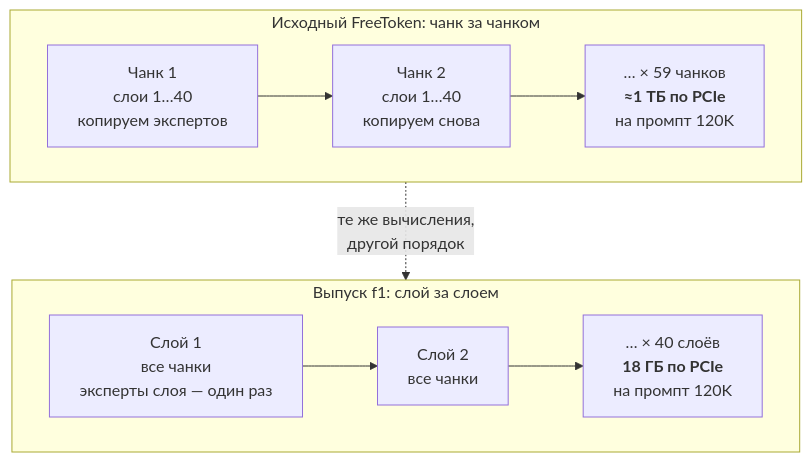
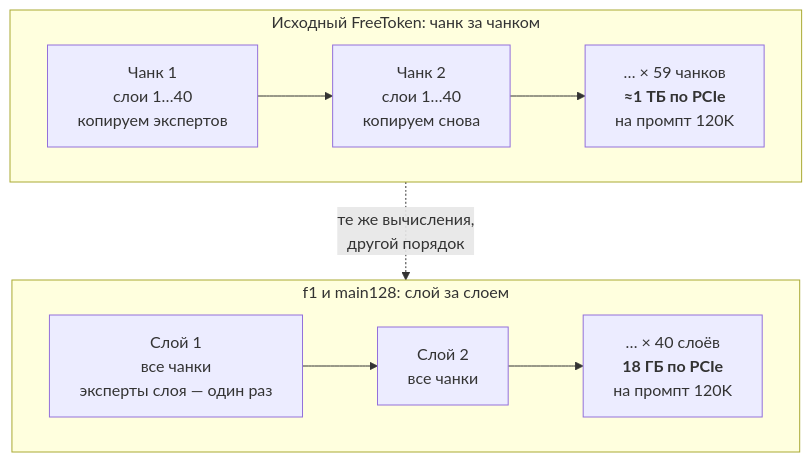
The second of 4 diagrams in README.md (SUKUNA-AI/qwen36-moe-16gb), drawn with Mermaid before and after one commit. The commit also changed other lines of this file and 25 other files, not shown here.

````diff
--- a/README.md
+++ b/README.md
@@ -149,12 +284,12 @@
 ```mermaid
 flowchart TB
     subgraph old["Исходный FreeToken: чанк за чанком"]
         direction LR
         o1["Чанк 1<br/>слои 1…40<br/>копируем экспертов"] --> o2["Чанк 2<br/>слои 1…40<br/>копируем снова"] --> o3["… × 59 чанков<br/><b>≈1 ТБ по PCIe</b><br/>на промпт 120K"]
     end
-    subgraph new["Выпуск f1: слой за слоем"]
+    subgraph new["f1 и main128: слой за слоем"]
         direction LR
         n1["Слой 1<br/>все чанки<br/>эксперты слоя — один раз"] --> n2["Слой 2<br/>все чанки"] --> n3["… × 40 слоёв<br/><b>18 ГБ по PCIe</b><br/>на промпт 120K"]
     end
     old -. "те же вычисления,<br/>другой порядок" .-> new
 ```
````
